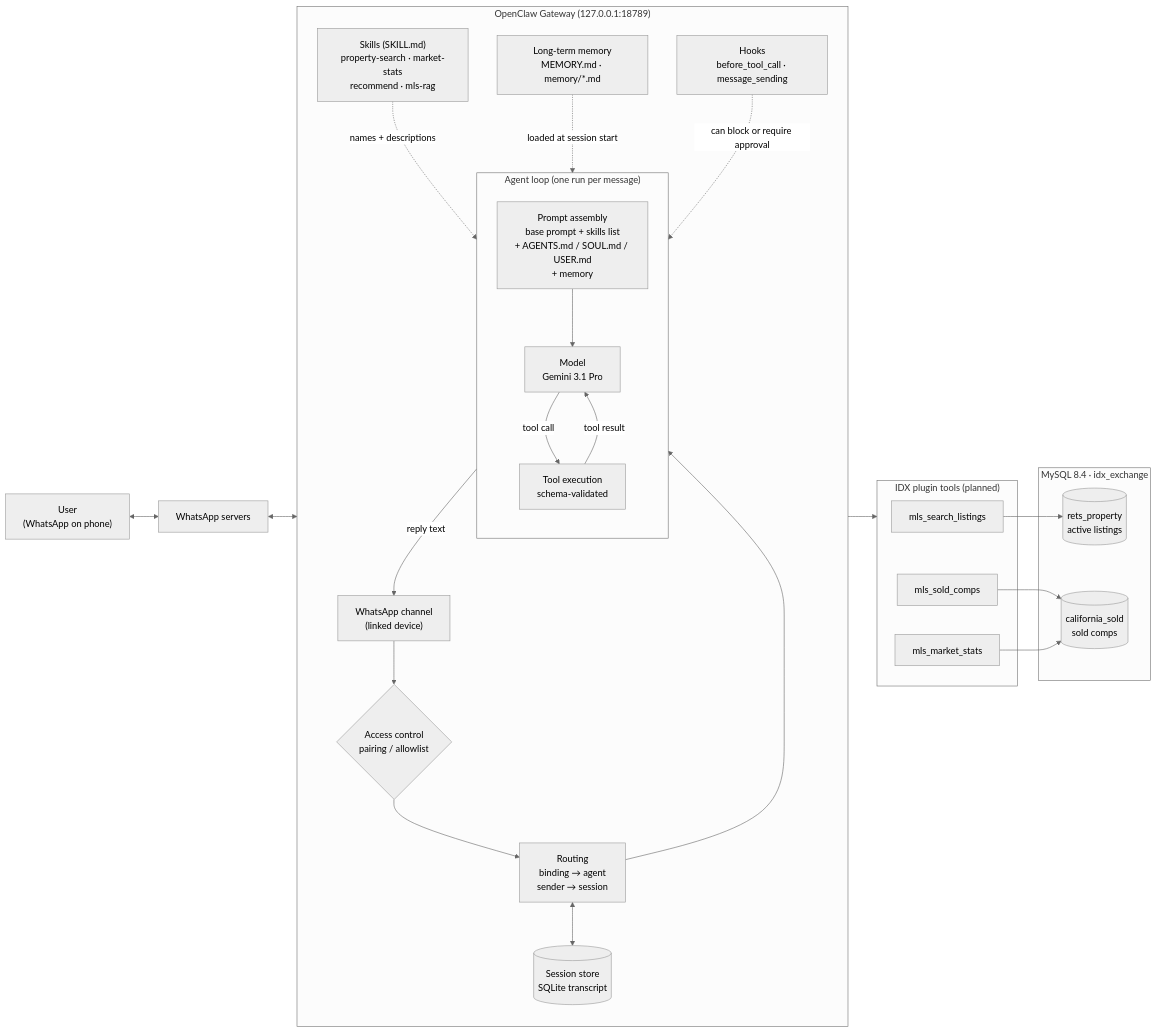
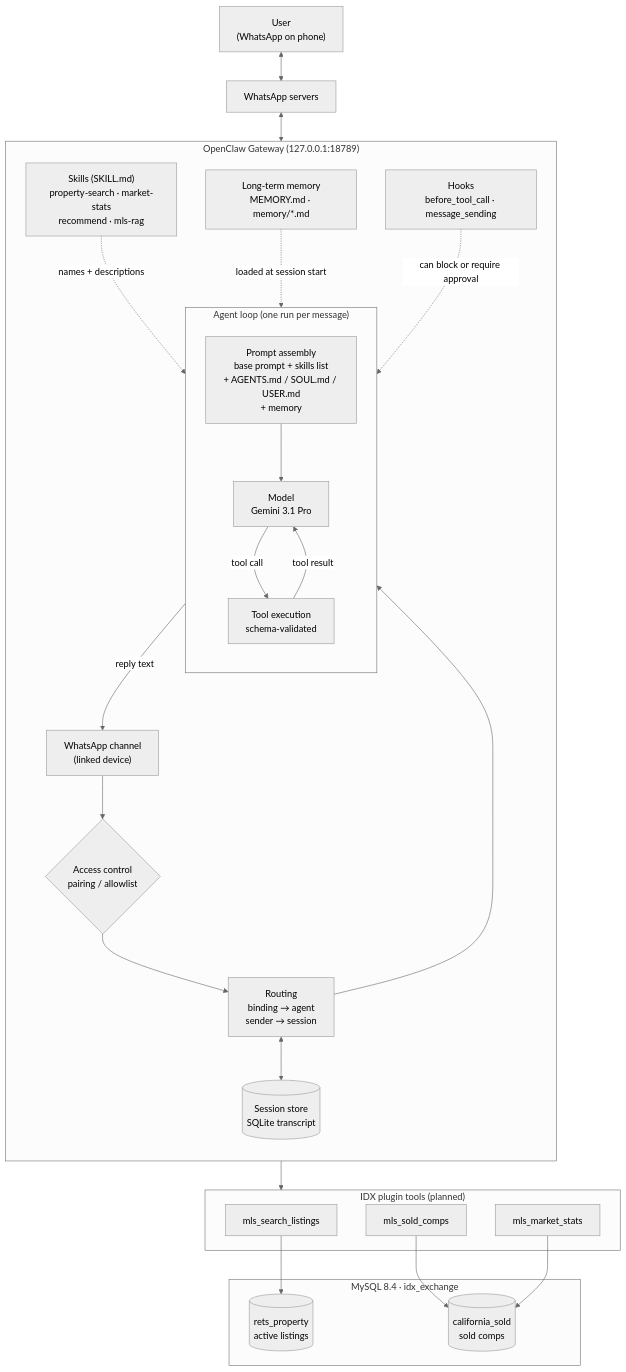
The first of 2 diagrams in docs/architecture.md (KevinZhou0519/IDX-Exchange-Agent), drawn with Mermaid (neutral theme) before and after one commit.

Commit message:
docs: lay out the system diagram top to bottom for readability

````diff
--- a/docs/architecture.md
+++ b/docs/architecture.md
@@ -31,51 +31,51 @@
 ```mermaid
-flowchart LR
+flowchart TB
     U["User<br/>(WhatsApp on phone)"] <--> WA["WhatsApp servers"]
 
     subgraph GW["OpenClaw Gateway (127.0.0.1:18789)"]
         direction TB
         CH["WhatsApp channel<br/>(linked device)"]
         AC{"Access control<br/>pairing / allowlist"}
         RT["Routing<br/>binding → agent<br/>sender → session"]
         SS[("Session store<br/>SQLite transcript")]
 
         subgraph AL["Agent loop (one run per message)"]
             direction TB
             PA["Prompt assembly<br/>base prompt + skills list<br/>+ AGENTS.md / SOUL.md / USER.md<br/>+ memory"]
             LLM["Model<br/>Gemini 3.1 Pro"]
             TX["Tool execution<br/>schema-validated"]
             PA --> LLM
             LLM -- "tool call" --> TX
             TX -- "tool result" --> LLM
         end
 
         SK["Skills (SKILL.md)<br/>property-search · market-stats<br/>recommend · mls-rag"]
         MEM["Long-term memory<br/>MEMORY.md · memory/*.md"]
         HK["Hooks<br/>before_tool_call · message_sending"]
 
         CH --> AC --> RT --> AL
         RT <--> SS
         SK -. "names + descriptions" .-> PA
         MEM -. "loaded at session start" .-> PA
         HK -. "can block or require approval" .-> TX
     end
 
     WA <--> CH
 
     subgraph PL["IDX plugin tools (planned)"]
         T1["mls_search_listings"]
         T2["mls_sold_comps"]
         T3["mls_market_stats"]
     end
 
     subgraph DB["MySQL 8.4 · idx_exchange"]
         RP[("rets_property<br/>active listings")]
         CS[("california_sold<br/>sold comps")]
     end
 
     TX --> PL
     T1 --> RP
     T2 --> CS
     T3 --> CS
     AL -- "reply text" --> CH
 ```
````
